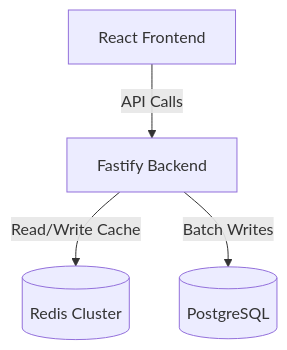
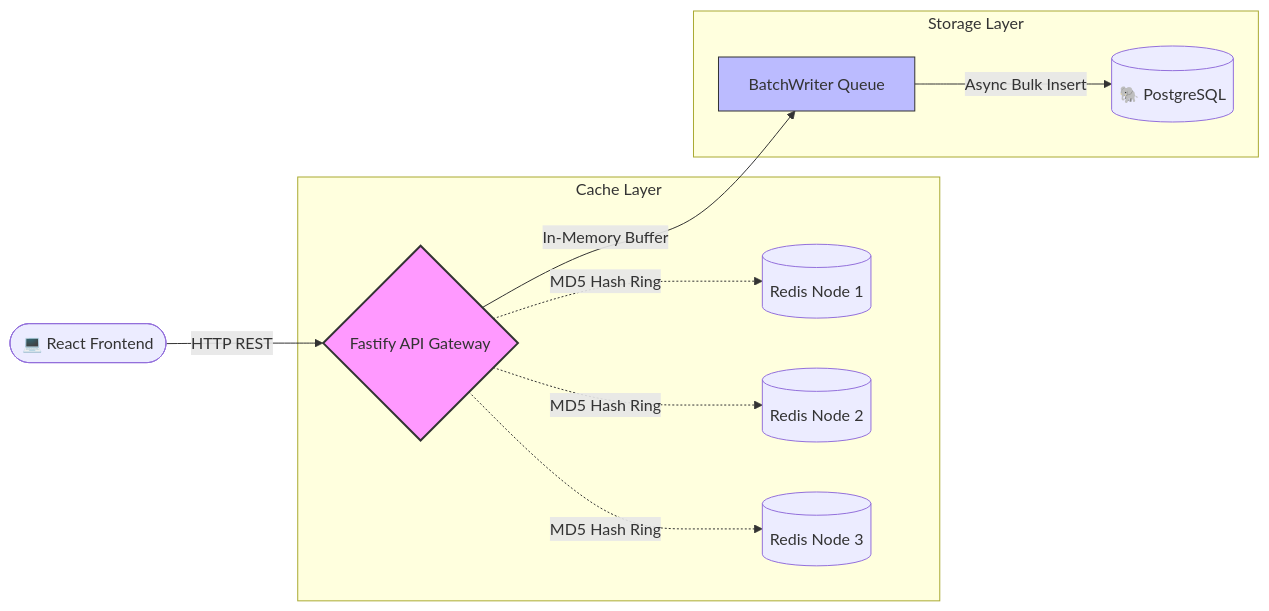
One commit to Naren456/typeahead changed the diagram in README.md. Above: the diagram before and after it, drawn with Mermaid. The commit also changed 1 other file, not shown here.

````diff
--- a/README.md
+++ b/README.md
@@ -30,7 +30,18 @@
 ```mermaid
-graph TD
-    Client[React Frontend] -->|API Calls| API[Fastify Backend]
-    
-    API -->|Read/Write Cache| Redis[(Redis Cluster)]
-    API -->|Batch Writes| DB[(PostgreSQL)]
+flowchart LR
+    Client([💻 React Frontend]) -->|HTTP REST| API{Fastify API Gateway}
+
+    subgraph Cache Layer
+        API -. MD5 Hash Ring .-> R1[(Redis Node 1)]
+        API -. MD5 Hash Ring .-> R2[(Redis Node 2)]
+        API -. MD5 Hash Ring .-> R3[(Redis Node 3)]
+    end
+
+    subgraph Storage Layer
+        API -->|In-Memory Buffer| Batch[BatchWriter Queue]
+        Batch -->|Async Bulk Insert| DB[(🐘 PostgreSQL)]
+    end
+
+    style API fill:#f9f,stroke:#333,stroke-width:2px
+    style Batch fill:#bbf,stroke:#333,stroke-width:1px
 ```
````
